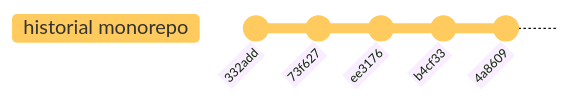
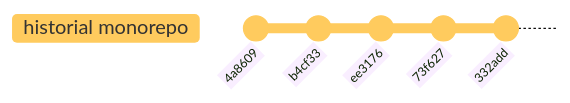
Before and after one commit to amenocal/limpia-tu-monorepositorio: the fourth of 8 diagrams in actividades/grafting-repositorio.md, drawn with Mermaid. The commit also changed other lines of this file, not shown here.

````diff
--- a/actividades/grafting-repositorio.md
+++ b/actividades/grafting-repositorio.md
@@ -67,9 +77,9 @@
 ```mermaid
     %%{init: { 'theme': 'base', 'gitGraph': { 'mainBranchName' : "historial monorepo"}} }%%
     gitGraph
+       commit id: "4a8609"
+       commit id: "b4cf33"
+       commit id: "ee3176"
+       commit id: "73f627"
        commit id: "332add"
-       commit id: "73f627"
-       commit id: "ee3176"
-       commit id: "b4cf33"
-       commit id: "4a8609"
 ```
````
